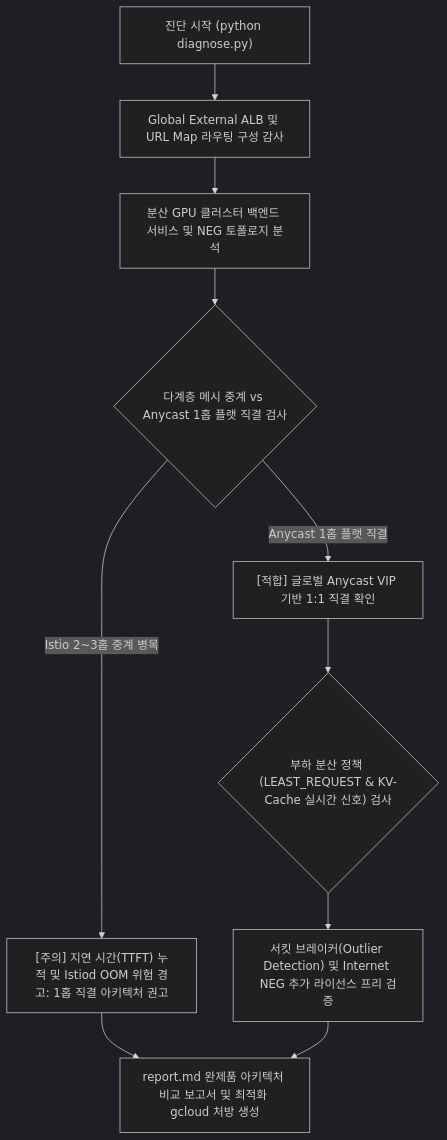
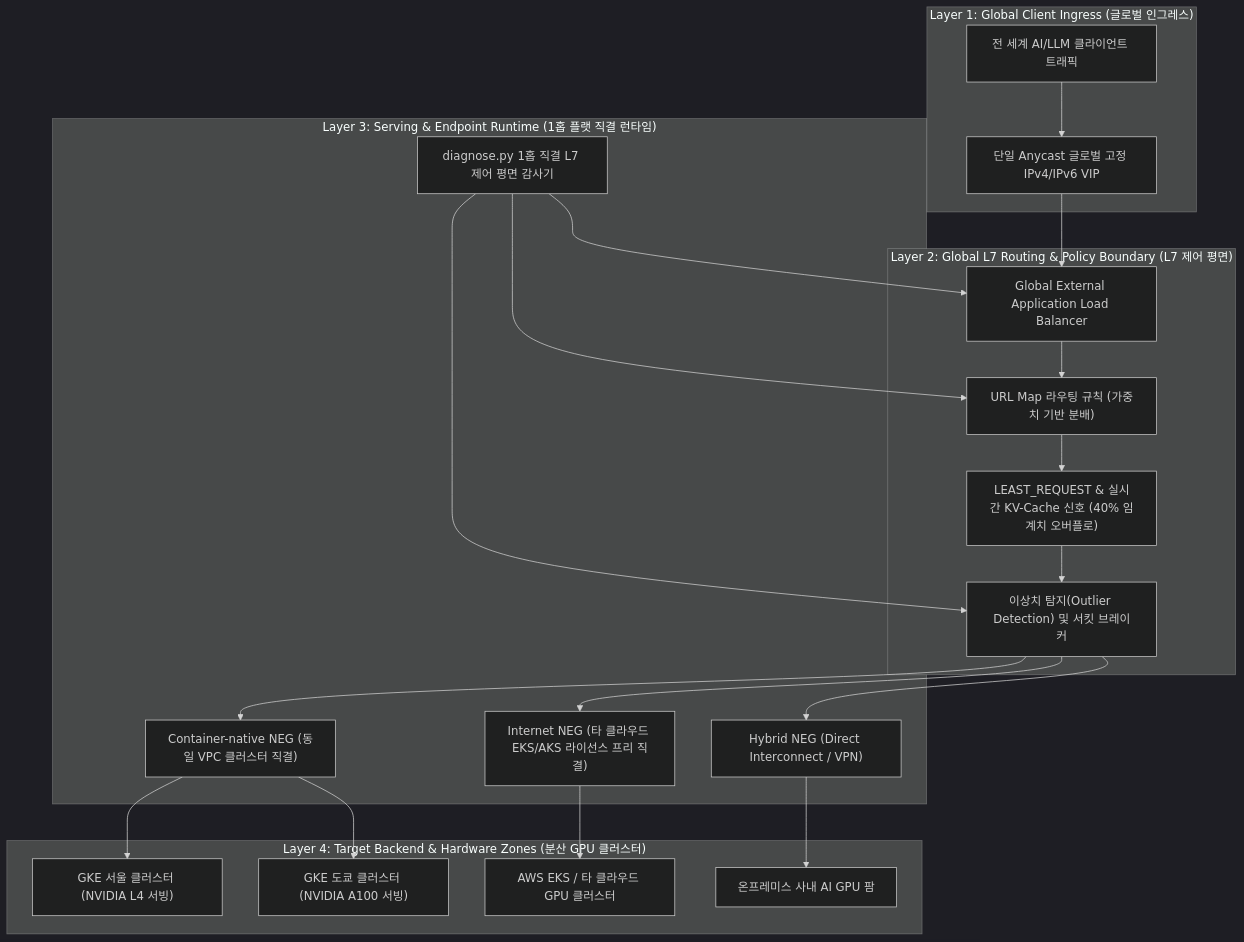
The diagram in samples/gke-multi-cluster-inference-gateway/README.md (jiangjun-forge/google-cloud-0-to-1), drawn with Mermaid (dark theme) before and after one commit. The commit also changed other lines of this file and 94 other files, not shown here.

Commit message:
Standardize architecture specifications

````diff
--- a/samples/gke-multi-cluster-inference-gateway/README.md
+++ b/samples/gke-multi-cluster-inference-gateway/README.md
@@ -76,12 +76,44 @@
 ```mermaid
 flowchart TD
-    A["진단 시작 (python diagnose.py)"] --> B["Global External ALB 및 URL Map 라우팅 구성 감사"]
-    B --> C["분산 GPU 클러스터 백엔드 서비스 및 NEG 토폴로지 분석"]
-    C --> D{"다계층 메시 중계 vs Anycast 1홉 플랫 직결 검사"}
-    D -->|"Istio 2~3홉 중계 병목"| E["[주의] 지연 시간(TTFT) 누적 및 Istiod OOM 위험 경고: 1홉 직결 아키텍처 권고"]
-    D -->|"Anycast 1홉 플랫 직결"| F["[적합] 글로벌 Anycast VIP 기반 1:1 직결 확인"]
-    F --> G{"부하 분산 정책 (LEAST_REQUEST & KV-Cache 실시간 신호) 검사"}
-    G --> H["서킷 브레이커(Outlier Detection) 및 Internet NEG 추가 라이선스 프리 검증"]
-    E --> I["report.md 완제품 아키텍처 비교 보고서 및 최적화 gcloud 처방 생성"]
-    H --> I
+    subgraph Layer1["Layer 1: Global Client Ingress (글로벌 인그레스)"]
+        GlobalUsers["전 세계 AI/LLM 클라이언트 트래픽"]
+        SingleVIP["단일 Anycast 글로벌 고정 IPv4/IPv6 VIP"]
+    end
+
+    subgraph Layer2["Layer 2: Global L7 Routing & Policy Boundary (L7 제어 평면)"]
+        GlobalALB["Global External Application Load Balancer"]
+        URLMap["URL Map 라우팅 규칙 (가중치 기반 분배)"]
+        TrafficPolicy["LEAST_REQUEST & 실시간 KV-Cache 신호 (40% 임계치 오버플로)"]
+        CircuitBreaker["이상치 탐지(Outlier Detection) 및 서킷 브레이커"]
+    end
+
+    subgraph Layer3["Layer 3: Serving & Endpoint Runtime (1홉 플랫 직결 런타임)"]
+        HybridNEG["Hybrid NEG (Direct Interconnect / VPN)"]
+        InternetNEG["Internet NEG (타 클라우드 EKS/AKS 라이선스 프리 직결)"]
+        ClusterNEG["Container-native NEG (동일 VPC 클러스터 직결)"]
+        AuditCLI["diagnose.py 1홉 직결 L7 제어 평면 감사기"]
+    end
+
+    subgraph Layer4["Layer 4: Target Backend & Hardware Zones (분산 GPU 클러스터)"]
+        GKE_Seoul["GKE 서울 클러스터 (NVIDIA L4 서빙)"]
+        GKE_Tokyo["GKE 도쿄 클러스터 (NVIDIA A100 서빙)"]
+        External_EKS["AWS EKS / 타 클라우드 GPU 클러스터"]
+        OnPrem_Farm["온프레미스 사내 AI GPU 팜"]
+    end
+
+    GlobalUsers --> SingleVIP
+    SingleVIP --> GlobalALB
+    GlobalALB --> URLMap
+    URLMap --> TrafficPolicy
+    TrafficPolicy --> CircuitBreaker
+    CircuitBreaker --> ClusterNEG
+    CircuitBreaker --> HybridNEG
+    CircuitBreaker --> InternetNEG
+    ClusterNEG --> GKE_Seoul
+    ClusterNEG --> GKE_Tokyo
+    InternetNEG --> External_EKS
+    HybridNEG --> OnPrem_Farm
+    AuditCLI --> GlobalALB
+    AuditCLI --> URLMap
+    AuditCLI --> CircuitBreaker
 ```
````
